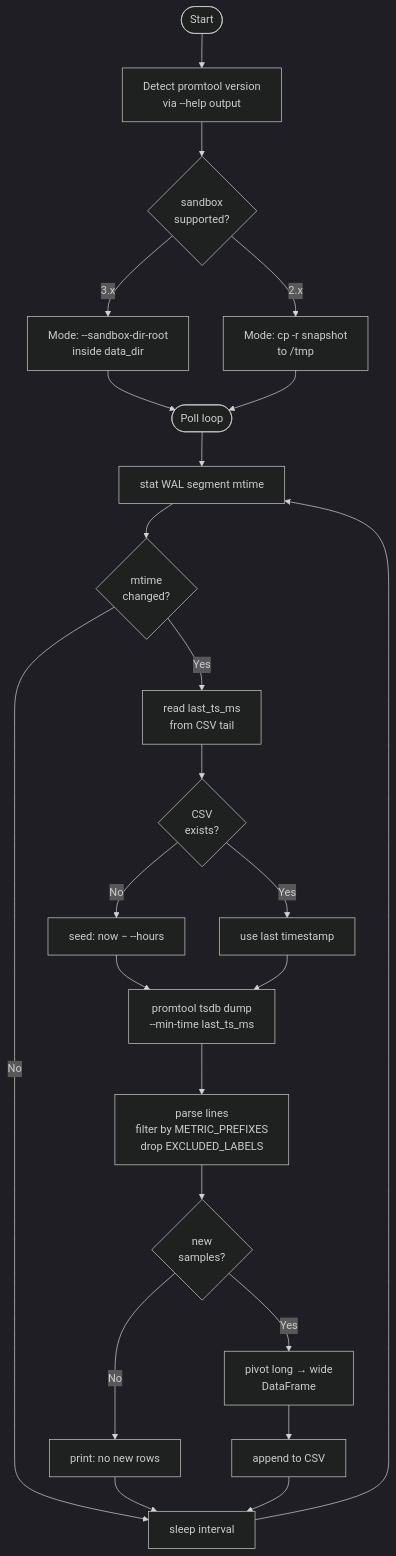
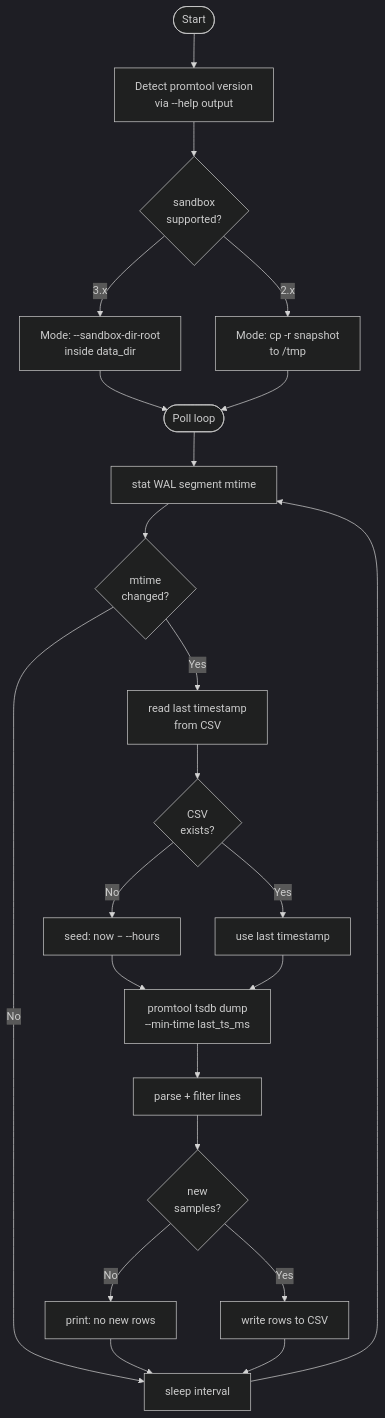
The diagram in prometheus_exporter/promtool/README.md (That-GeekyGuy/Summer-Intern26), drawn with Mermaid (dark theme) before and after one commit. The commit also changed other lines of this file and 14 other files, not shown here.

````diff
--- a/prometheus_exporter/promtool/README.md
+++ b/prometheus_exporter/promtool/README.md
@@ -33,22 +95,21 @@
 ```mermaid
 flowchart TD
     A([Start]) --> B[Detect promtool version\nvia --help output]
     B --> C{sandbox\nsupported?}
     C -->|3.x| D[Mode: --sandbox-dir-root\ninside data_dir]
     C -->|2.x| E[Mode: cp -r snapshot\nto /tmp]
     D & E --> F
 
     F([Poll loop]) --> G[stat WAL segment mtime]
     G --> H{mtime\nchanged?}
     H -->|No| I[sleep interval] --> G
-    H -->|Yes| J[read last_ts_ms\nfrom CSV tail]
+    H -->|Yes| J[read last timestamp\nfrom CSV]
     J --> K{CSV\nexists?}
     K -->|No| L[seed: now − --hours]
     K -->|Yes| M[use last timestamp]
     L & M --> N[promtool tsdb dump\n--min-time last_ts_ms]
-    N --> O[parse lines\nfilter by METRIC_PREFIXES\ndrop EXCLUDED_LABELS]
+    N --> O[parse + filter lines]
     O --> P{new\nsamples?}
     P -->|No| Q[print: no new rows] --> I
-    P -->|Yes| R[pivot long → wide\nDataFrame]
-    R --> S[append to CSV] --> I
+    P -->|Yes| R[write rows to CSV] --> I
 ```
````
